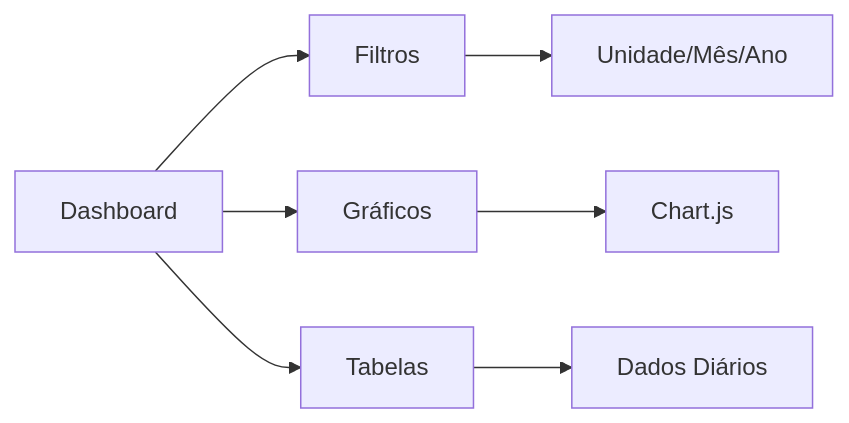
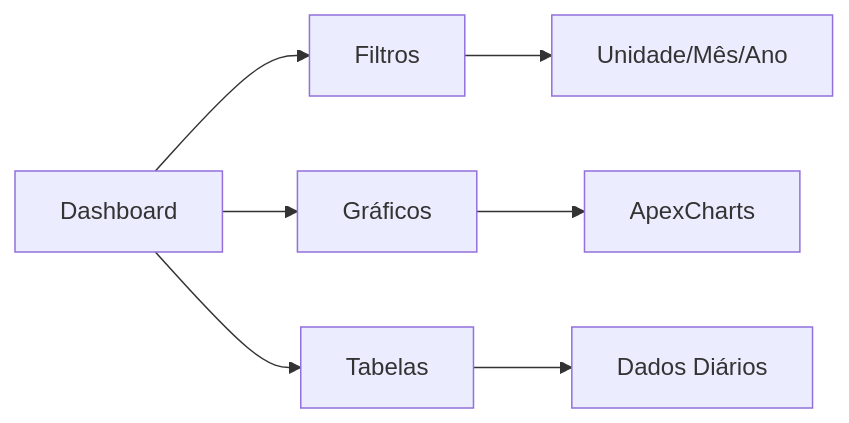
Before and after one commit to cairo-castro/rtp: the sixth of 12 diagrams in README.md, drawn with Mermaid. The commit also changed other lines of this file, not shown here.

Commit message:
replace chart.js por apexchart

````diff
--- a/README.md
+++ b/README.md
@@ -109,9 +109,9 @@
 ```mermaid
 graph LR
     A[Dashboard] --> B[Filtros]
     A --> C[Gráficos]
     A --> D[Tabelas]
     B --> E[Unidade/Mês/Ano]
-    C --> F[Chart.js]
+    C --> F[ApexCharts]
     D --> G[Dados Diários]
 ```
````
